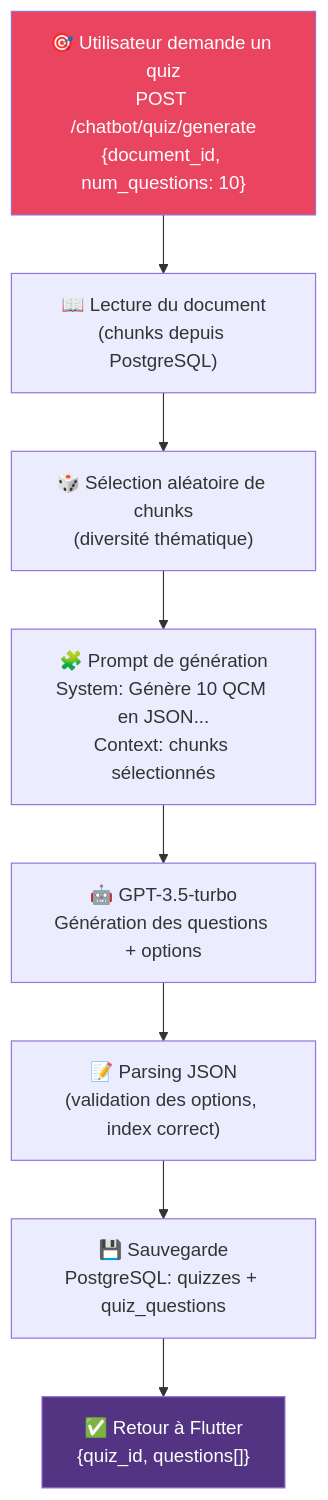
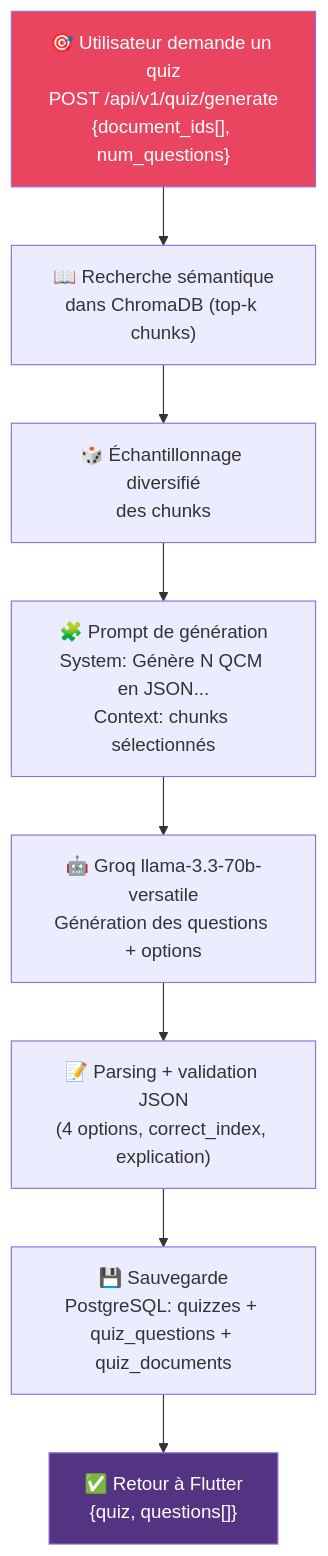
The fifth of 7 diagrams in docs/Conception_Flux_RAG_Chatbot.md (Jkacem/smart_focus), drawn with Mermaid before and after one commit. The commit also changed other lines of this file and 93 other files, not shown here.

````diff
--- a/docs/Conception_Flux_RAG_Chatbot.md
+++ b/docs/Conception_Flux_RAG_Chatbot.md
@@ -140,17 +151,17 @@
 ```mermaid
 flowchart TD
-    START["🎯 Utilisateur demande un quiz\nPOST /chatbot/quiz/generate\n{document_id, num_questions: 10}"]
+    START["🎯 Utilisateur demande un quiz\nPOST /api/v1/quiz/generate\n{document_ids[], num_questions}"]
 
-    READ["📖 Lecture du document\n(chunks depuis PostgreSQL)"]
-    SAMPLE["🎲 Sélection aléatoire de chunks\n(diversité thématique)"]
-    PROMPT_Q["🧩 Prompt de génération\nSystem: Génère 10 QCM en JSON...\nContext: chunks sélectionnés"]
-    GEN["🤖 GPT-3.5-turbo\nGénération des questions + options"]
-    PARSE_Q["📝 Parsing JSON\n(validation des options, index correct)"]
-    SAVE["💾 Sauvegarde\nPostgreSQL: quizzes + quiz_questions"]
-    RETURN["✅ Retour à Flutter\n{quiz_id, questions[]}"]
+    FETCH["📖 Recherche sémantique\ndans ChromaDB (top-k chunks)"]
+    SAMPLE["🎲 Échantillonnage diversifié\ndes chunks"]
+    PROMPT_Q["🧩 Prompt de génération\nSystem: Génère N QCM en JSON...\nContext: chunks sélectionnés"]
+    GEN["🤖 Groq llama-3.3-70b-versatile\nGénération des questions + options"]
+    PARSE_Q["📝 Parsing + validation JSON\n(4 options, correct_index, explication)"]
+    SAVE["💾 Sauvegarde\nPostgreSQL: quizzes + quiz_questions + quiz_documents"]
+    RETURN["✅ Retour à Flutter\n{quiz, questions[]}"]
 
-    START --> READ --> SAMPLE --> PROMPT_Q --> GEN --> PARSE_Q --> SAVE --> RETURN
+    START --> FETCH --> SAMPLE --> PROMPT_Q --> GEN --> PARSE_Q --> SAVE --> RETURN
 
     style START fill:#e94560,color:#fff
     style RETURN fill:#533483,color:#fff
 ```
````
